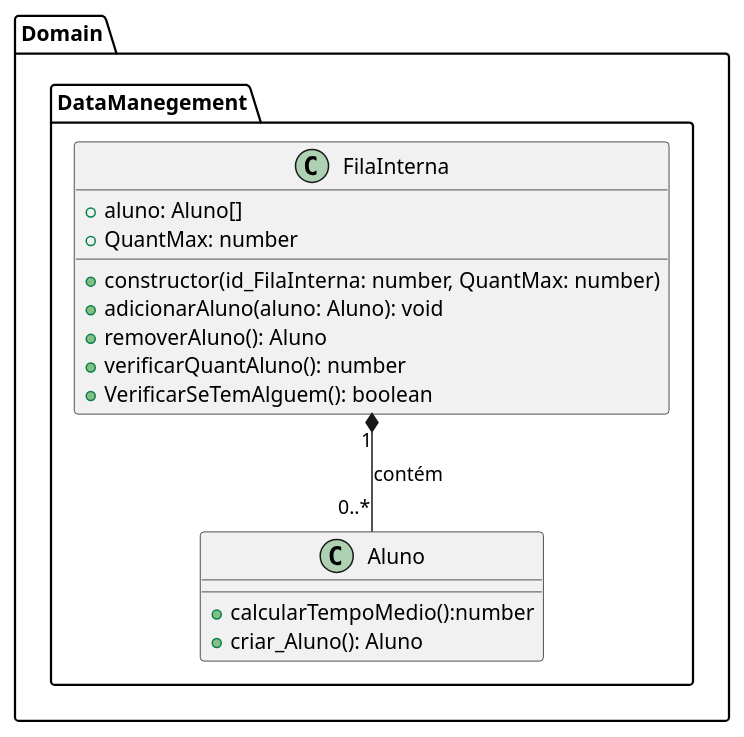
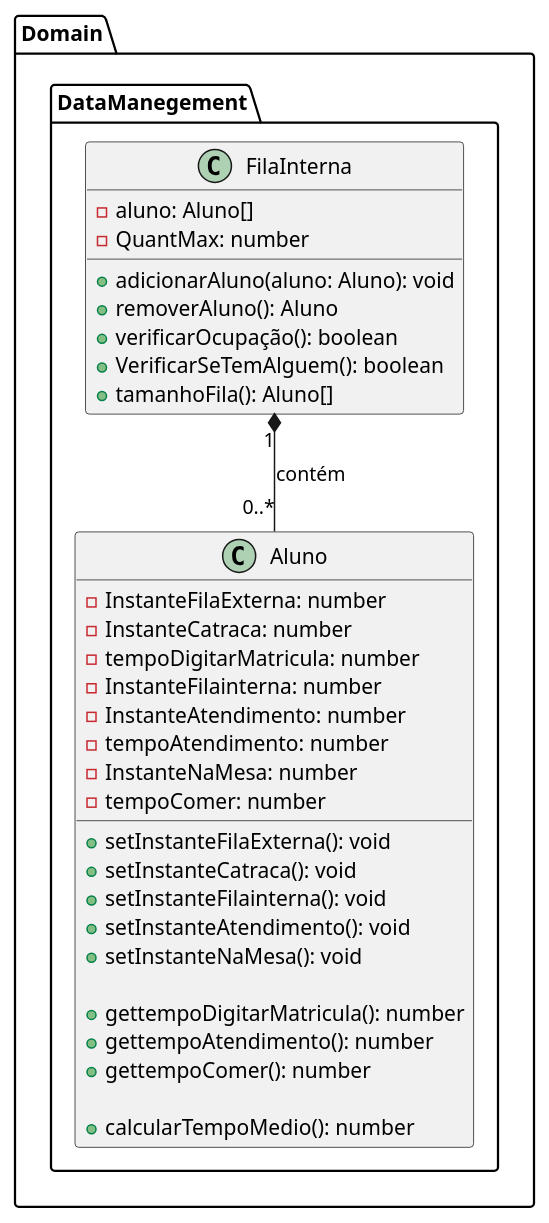
One commit to Gstv2/sfr-template changed the diagram in design/class-FilaInterna.plantuml. Above: the diagram before and after it, drawn with PlantUML. The commit also changed 3 other files, not shown here.

```diff
--- a/design/class-FilaInterna.plantuml
+++ b/design/class-FilaInterna.plantuml
@@ -1,19 +1,38 @@
-@startuml
-package Domain.DataManegement{
-    class Aluno {
-        + calcularTempoMedio():number
-        + criar_Aluno(): Aluno
+@startuml FilaInterna/Aluno
+    package Domain.DataManegement{
+        class Aluno {
+            - InstanteFilaExterna: number
+            - InstanteCatraca: number
+            - tempoDigitarMatricula: number
+            - InstanteFilainterna: number
+            - InstanteAtendimento: number
+            - tempoAtendimento: number
+            - InstanteNaMesa: number
+            - tempoComer: number
+
+            + setInstanteFilaExterna(): void
+            + setInstanteCatraca(): void
+            + setInstanteFilainterna(): void
+            + setInstanteAtendimento(): void
+            + setInstanteNaMesa(): void
+            
+            + gettempoDigitarMatricula(): number
+            + gettempoAtendimento(): number
+            + gettempoComer(): number
+            
+            + calcularTempoMedio(): number
+        }
+
+        class FilaInterna {
+            - aluno: Aluno[]
+            - QuantMax: number
+            + adicionarAluno(aluno: Aluno): void
+            + removerAluno(): Aluno
+            + verificarOcupação(): boolean
+            + VerificarSeTemAlguem(): boolean
+            + tamanhoFila(): Aluno[]
+        }
+
+        FilaInterna "1" *-- "0..*" Aluno : contém
     }
-
-    class FilaInterna {
-        + aluno: Aluno[]
-        + QuantMax: number
-        + constructor(id_FilaInterna: number, QuantMax: number)
-        + adicionarAluno(aluno: Aluno): void
-        + removerAluno(): Aluno
-        + verificarQuantAluno(): number
-        + VerificarSeTemAlguem(): boolean
-    }
-}
-    FilaInterna "1" *-- "0..*" Aluno : contém
 @enduml
```
